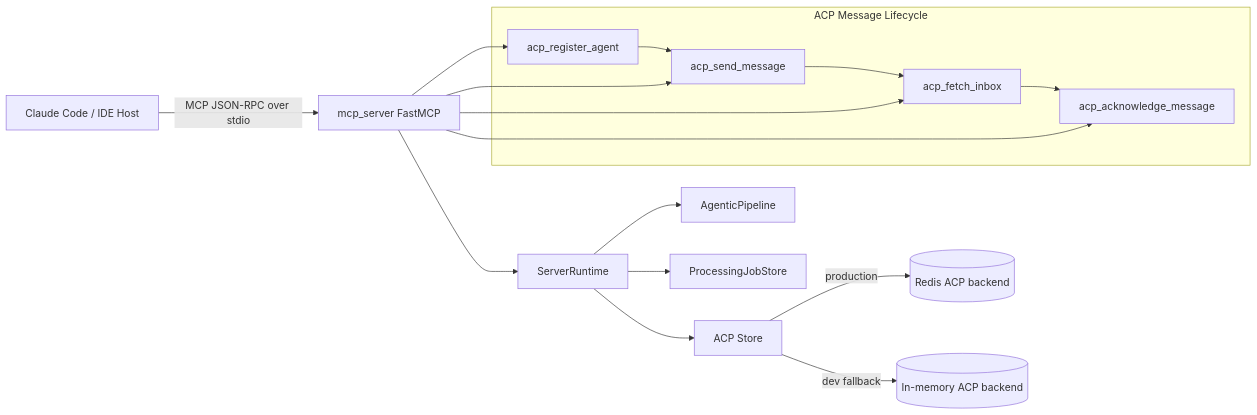
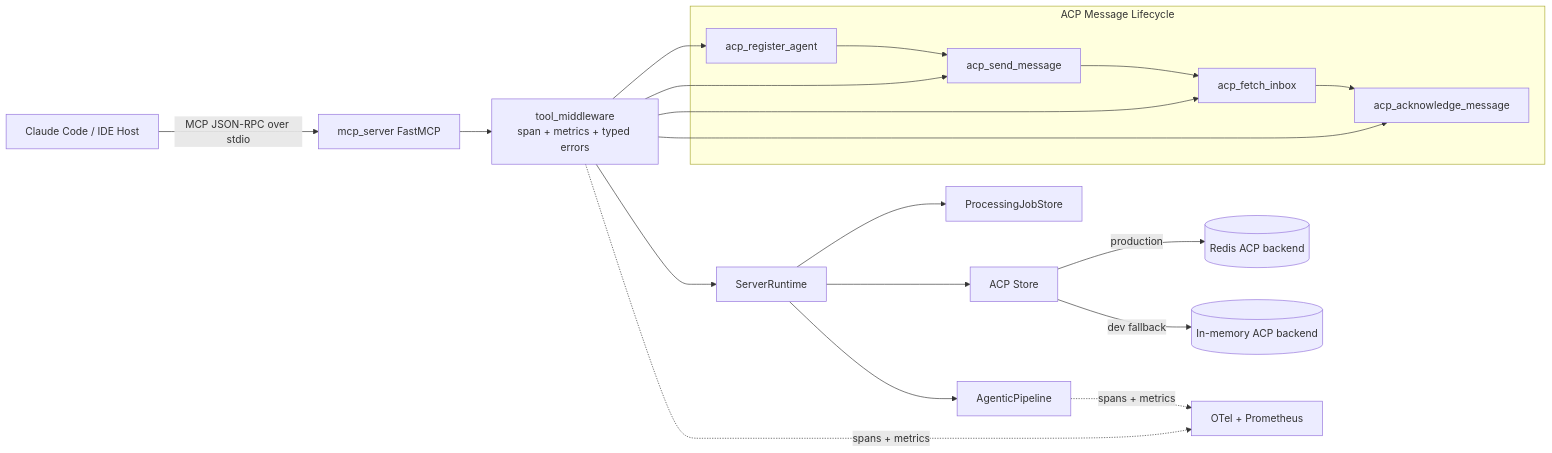
Before and after one commit to hoangsonww/AI-Gov-Content-Curator: diagram 16 of 24 in ARCHITECTURE.md, drawn with Mermaid. The commit also changed other lines of this file and 7 other files, not shown here.

````diff
--- a/ARCHITECTURE.md
+++ b/ARCHITECTURE.md
@@ -894,22 +909,26 @@
 ```mermaid
 flowchart LR
     IDE[Claude Code / IDE Host] -->|MCP JSON-RPC over stdio| MCPServer[mcp_server FastMCP]
-    MCPServer --> Runtime[ServerRuntime]
+    MCPServer --> MW[tool_middleware<br/>span + metrics + typed errors]
+    MW --> Runtime[ServerRuntime]
     Runtime --> Pipeline[AgenticPipeline]
     Runtime --> JobStore[ProcessingJobStore]
     Runtime --> ACPStore[ACP Store]
 
     ACPStore -->|production| Redis[(Redis ACP backend)]
     ACPStore -->|dev fallback| Memory[(In-memory ACP backend)]
 
+    Pipeline -.->|spans + metrics| OTel[OTel + Prometheus]
+    MW -.->|spans + metrics| OTel
+
     subgraph ACPFlow[ACP Message Lifecycle]
       A[acp_register_agent] --> B[acp_send_message]
       B --> C[acp_fetch_inbox]
       C --> D[acp_acknowledge_message]
     end
 
-    MCPServer --> A
-    MCPServer --> B
-    MCPServer --> C
-    MCPServer --> D
+    MW --> A
+    MW --> B
+    MW --> C
+    MW --> D
 ```
````
